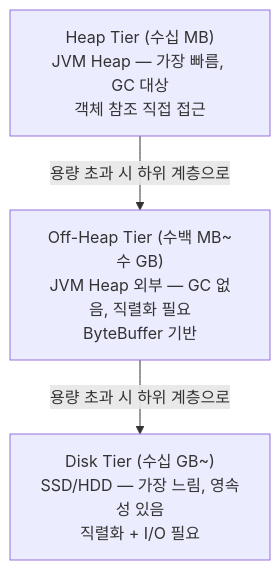
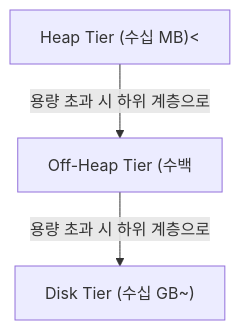
The fourth of 4 diagrams in _posts/localcache/2026-05-01-local-cache-comparison.md (yjkim2015/yjkim2015.github.io), drawn with Mermaid before and after one commit. The commit also changed other lines of this file and 271 other files, not shown here.

First line of the commit message:
Mermaid 라벨 축소: 긴 노드 텍스트 18자 이하로 트림 + \n 제거

````diff
--- a/_posts/localcache/2026-05-01-local-cache-comparison.md
+++ b/_posts/localcache/2026-05-01-local-cache-comparison.md
@@ -390,8 +390,8 @@
 ```mermaid
 graph TD
-    HEAP["Heap Tier (수십 MB)<br>JVM Heap — 가장 빠름, GC 대상<br>객체 참조 직접 접근"]
-    OFFHEAP["Off-Heap Tier (수백 MB~수 GB)<br>JVM Heap 외부 — GC 없음, 직렬화 필요<br>ByteBuffer 기반"]
-    DISK["Disk Tier (수십 GB~)<br>SSD/HDD — 가장 느림, 영속성 있음<br>직렬화 + I/O 필요"]
+    HEAP["Heap Tier (수십 MB)<"]
+    OFFHEAP["Off-Heap Tier (수백"]
+    DISK["Disk Tier (수십 GB~)"]
     HEAP -->|"용량 초과 시 하위 계층으로"| OFFHEAP
     OFFHEAP -->|"용량 초과 시 하위 계층으로"| DISK
 ```
````
